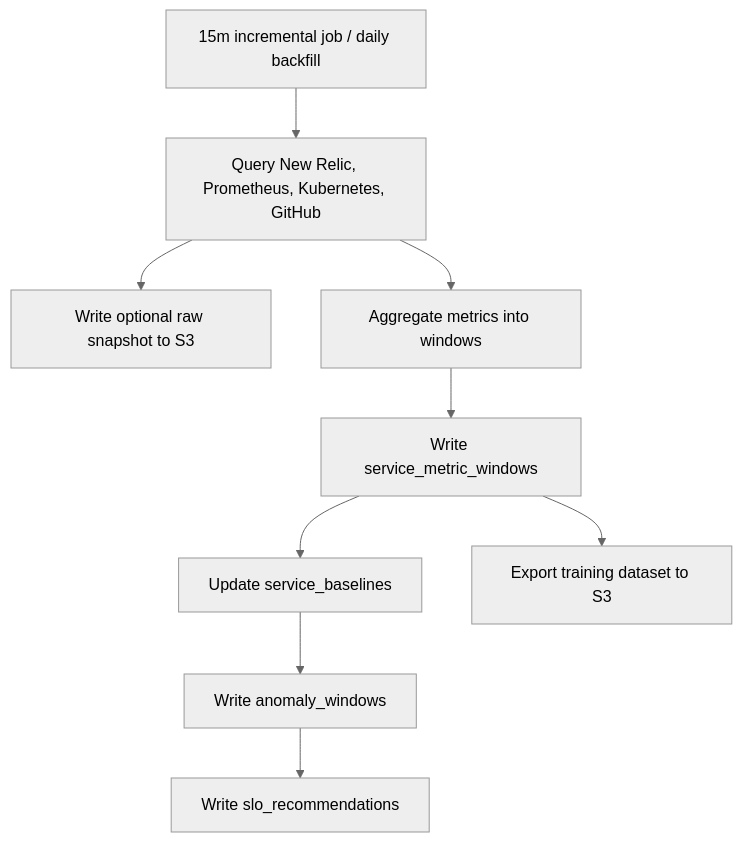
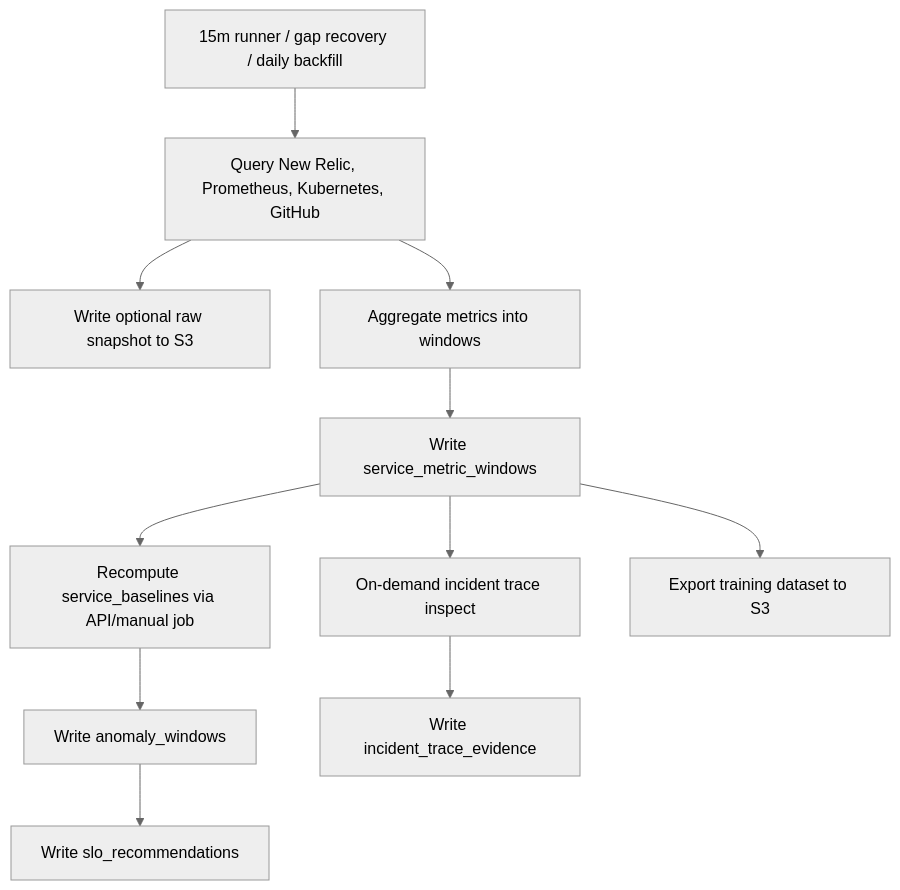
The diagram in docs/data-storage.md (Deraiven/sre-agent), drawn with Mermaid (neutral theme) before and after one commit. The commit also changed other lines of this file and 8 other files, not shown here.

````diff
--- a/docs/data-storage.md
+++ b/docs/data-storage.md
@@ -215,11 +236,13 @@
 ```mermaid
 flowchart TD
-    Scheduler["15m incremental job / daily backfill"] --> Query["Query New Relic, Prometheus, Kubernetes, GitHub"]
+    Scheduler["15m runner / gap recovery / daily backfill"] --> Query["Query New Relic, Prometheus, Kubernetes, GitHub"]
     Query --> Snapshot["Write optional raw snapshot to S3"]
     Query --> Aggregate["Aggregate metrics into windows"]
     Aggregate --> Postgres["Write service_metric_windows"]
-    Postgres --> Baseline["Update service_baselines"]
+    Postgres --> Baseline["Recompute service_baselines via API/manual job"]
     Baseline --> Label["Write anomaly_windows"]
     Label --> SLO["Write slo_recommendations"]
+    Postgres --> Trace["On-demand incident trace inspect"]
+    Trace --> TraceStore["Write incident_trace_evidence"]
     Postgres --> Export["Export training dataset to S3"]
 ```
````
